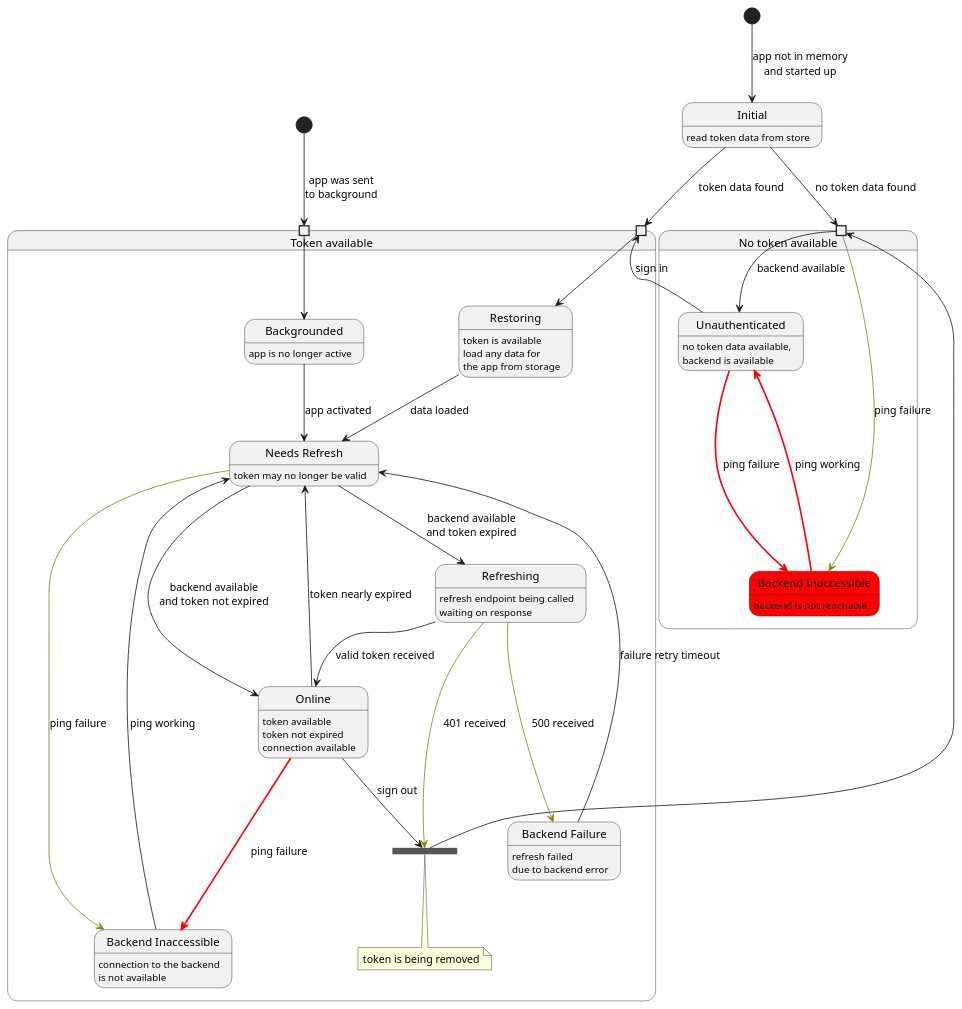
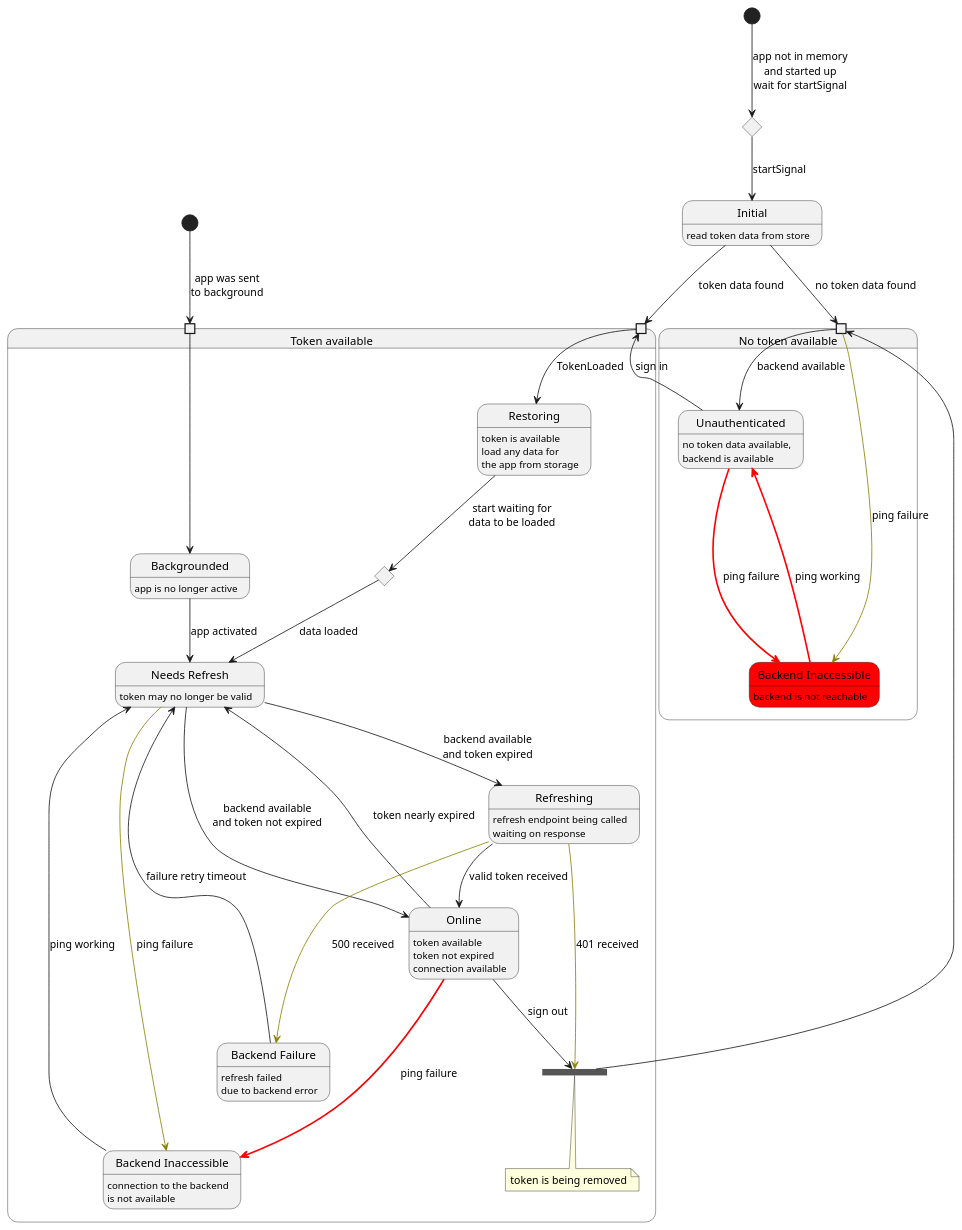
The first of 4 diagrams in packages/auth-context/AuthState.puml (trajano/spring-cloud-demo), drawn with PlantUML before and after one commit. The commit also changed 27 other files, not shown here.

```diff
--- a/packages/auth-context/AuthState.puml
+++ b/packages/auth-context/AuthState.puml
@@ -1,67 +1,71 @@
 @startuml AuthState
+state Signal <<choice>>
 state Initial : read token data from store
-[*] --> Initial : app not in memory\nand started up
+[*] --> Signal : app not in memory\nand started up\nwait for startSignal
+Signal --> Initial : startSignal
 
 state "Token available" as Authenticated {
   state " " as needsRefreshPin <<inputPin>>
   ' state " " as authenticatedPin <<inputPin>>
   state " " as backgroundedPin <<inputPin>>
   ' needsRefreshPin --> Restoring
-  needsRefreshPin --> InitialLoad
+  state WaitForDataLoaded <<choice>>
+  needsRefreshPin --> InitialLoad : TokenLoaded
   ' authenticatedPin --> AuthenticatedOnline
   backgroundedPin --> Backgrounded
   state "Restoring" as InitialLoad: token is available\nload any data for\nthe app from storage
   state "Needs Refresh" as NeedsRefresh: token may no longer be valid
   state Refreshing: refresh endpoint being called\nwaiting on response
   state "Online" as AuthenticatedOnline: token available\ntoken not expired\nconnection available
   state "Backend Inaccessible" as BackendInaccessible: connection to the backend\nis not available
   state "Backend Failure" as BackendFailure: refresh failed\ndue to backend error
   state "Token Removal" as TokenRemoval <<join>>
   state "Backgrounded" as Backgrounded: app is no longer active
 
   note bottom of TokenRemoval
     token is being removed
   end note
   ' state "Restoring" as Restoring: app is active\nin foreground
 
-  InitialLoad --> NeedsRefresh: data loaded
+  InitialLoad --> WaitForDataLoaded : start waiting for\ndata to be loaded
+  WaitForDataLoaded --> NeedsRefresh: data loaded
   NeedsRefresh --> Refreshing: backend available\nand token expired
   NeedsRefresh --> AuthenticatedOnline: backend available\nand token not expired
   Refreshing --> AuthenticatedOnline: valid token received
   Refreshing --[#8B8000]-> TokenRemoval: 401 received
   AuthenticatedOnline --[#red,bold]-> BackendInaccessible : ping failure
   AuthenticatedOnline --> NeedsRefresh : token nearly expired
   BackendInaccessible --> NeedsRefresh : ping working
   NeedsRefresh --[#8B8000]-> BackendInaccessible : ping failure
   Refreshing --[#8B8000]-> BackendFailure : 500 received
   BackendFailure --> NeedsRefresh : failure retry timeout
   AuthenticatedOnline --> TokenRemoval : sign out
   Backgrounded --> NeedsRefresh: app activated
   ' Backgrounded -> Restoring: app activated
   ' Restoring -> NeedsRefresh: app restored
 
 }
 
 state "No token available" as NoToken {
   state " " as unauthenticatedPin <<inputPin>>
   state Unauthenticated : no token data available,\nbackend is available
   state "Backend Inaccessible" as UnauthenticatedOffline #red : backend is not reachable
   unauthenticatedPin --> Unauthenticated : backend available
   unauthenticatedPin --[#8B8000]-> UnauthenticatedOffline : ping failure
   Unauthenticated --[#red,bold]-> UnauthenticatedOffline : ping failure
   UnauthenticatedOffline --[#red,bold]-> Unauthenticated : ping working
   Unauthenticated --> needsRefreshPin : sign in
 
 }
 
 
 Initial --> unauthenticatedPin : no token data found
 Initial --> needsRefreshPin : token data found
 TokenRemoval --> unauthenticatedPin
 
 ' state AppActivate <<start>>
 ' AppActivate --> needsRefreshPin : app was activated\nfrom memory
 state AppBackgrounded <<start>>
 AppBackgrounded --> backgroundedPin : app was sent\nto background
 
 @enduml
```
